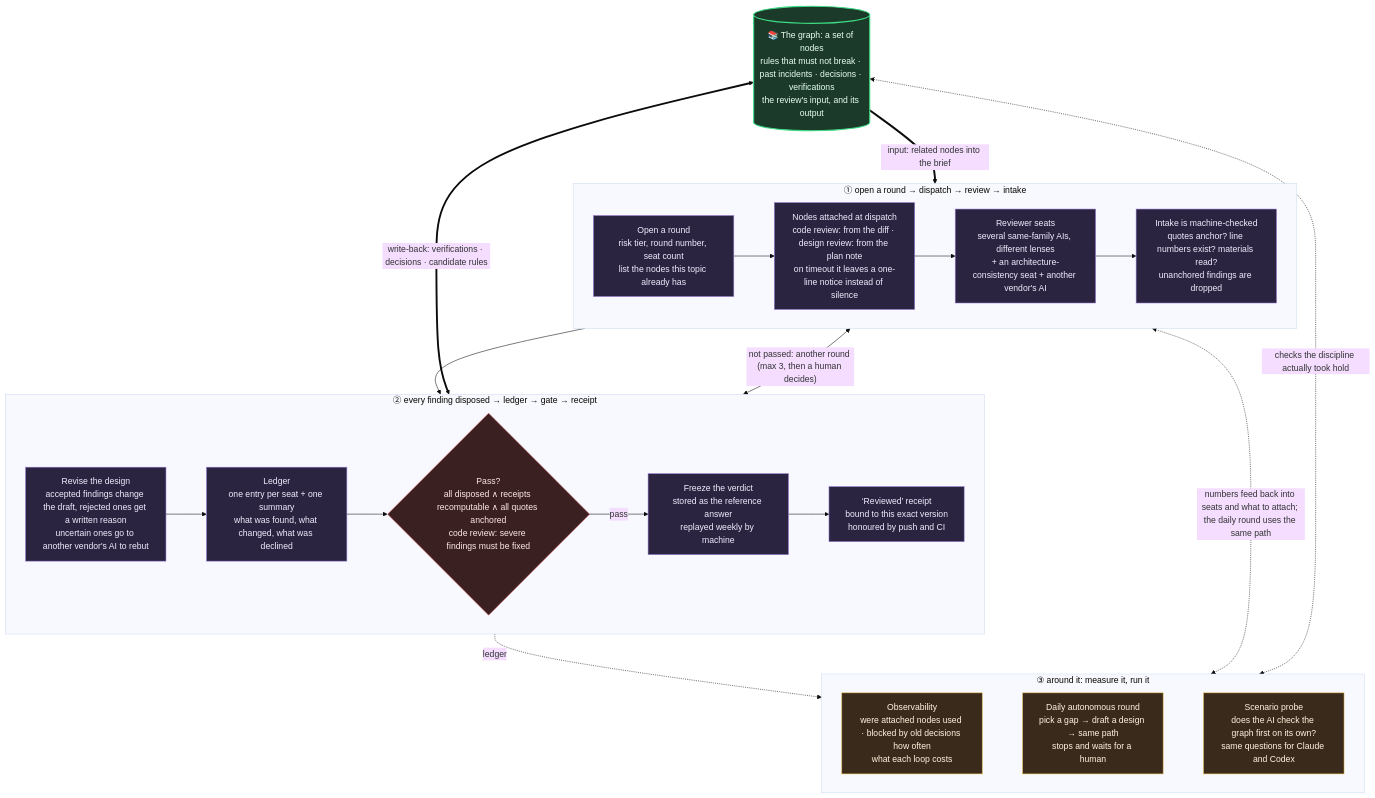
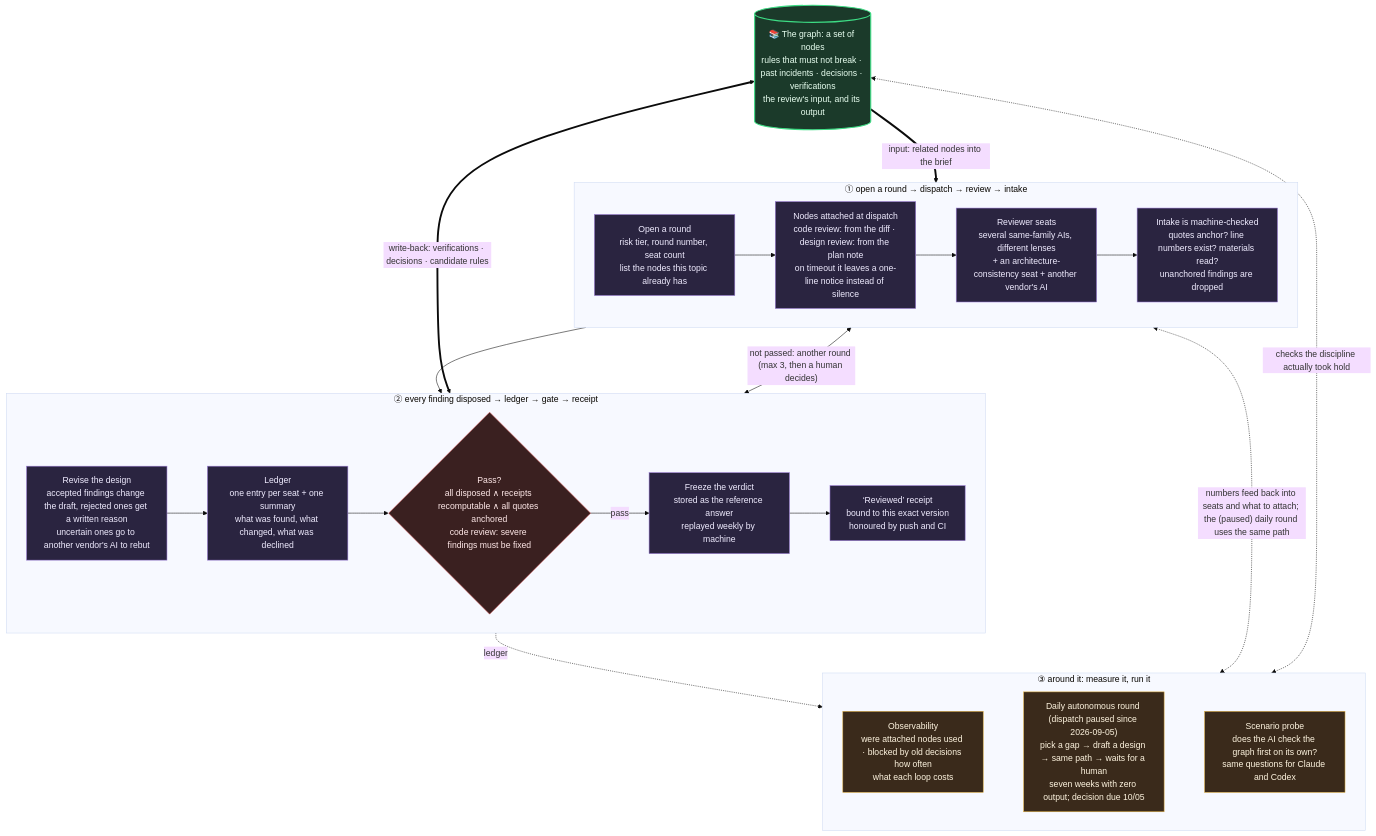
One commit to EnzoHsieh-Android/Lumos changed the diagram in README.en.md. Above: the diagram before and after it, drawn with Mermaid (base theme). The commit also changed 7 other files, not shown here.

First line of the commit message:
docs: 派工鏡頭超時不再靜默的說法同步到 hook docstring 與 skill 範本;三張良性循環圖與全景圖標明自主迴圈已暫停派工

````diff
--- a/README.en.md
+++ b/README.en.md
@@ -184,36 +184,36 @@
 ```mermaid
 flowchart TB
     NODES[("📚 The graph: a set of nodes<br/>rules that must not break · past incidents · decisions · verifications<br/>the review's input, and its output")]
 
     subgraph R1["① open a round → dispatch → review → intake"]
         direction LR
         NEXT["Open a round<br/>risk tier, round number, seat count<br/>list the nodes this topic already has"] --> LENS["Nodes attached at dispatch<br/>code review: from the diff · design review: from the plan note<br/>on timeout it leaves a one-line notice instead of silence"] --> SEATS["Reviewer seats<br/>several same-family AIs, different lenses<br/>+ an architecture-consistency seat + another vendor's AI"] --> INTAKE["Intake is machine-checked<br/>quotes anchor? line numbers exist? materials read?<br/>unanchored findings are dropped"]
     end
 
     subgraph R2["② every finding disposed → ledger → gate → receipt"]
         direction LR
         FOLD["Revise the design<br/>accepted findings change the draft, rejected ones get a written reason<br/>uncertain ones go to another vendor's AI to rebut"] --> LEDGER["Ledger<br/>one entry per seat + one summary<br/>what was found, what changed, what was declined"] --> GATE{"Pass?<br/>all disposed ∧ receipts recomputable ∧ all quotes anchored<br/>code review: severe findings must be fixed"} -->|pass| FREEZE["Freeze the verdict<br/>stored as the reference answer<br/>replayed weekly by machine"] --> PASS["‘Reviewed’ receipt<br/>bound to this exact version<br/>honoured by push and CI"]
     end
 
     subgraph R3["③ around it: measure it, run it"]
         direction LR
-        OBS["Observability<br/>were attached nodes used · blocked by old decisions how often<br/>what each loop costs"] ~~~ AUTO["Daily autonomous round<br/>pick a gap → draft a design → same path<br/>stops and waits for a human"] ~~~ PROBE["Scenario probe<br/>does the AI check the graph first on its own?<br/>same questions for Claude and Codex"]
+        OBS["Observability<br/>were attached nodes used · blocked by old decisions how often<br/>what each loop costs"] ~~~ AUTO["Daily autonomous round (dispatch paused since 2026-09-05)<br/>pick a gap → draft a design → same path → waits for a human<br/>seven weeks with zero output; decision due 10/05"] ~~~ PROBE["Scenario probe<br/>does the AI check the graph first on its own?<br/>same questions for Claude and Codex"]
     end
 
     NODES ==>|"input: related nodes into the brief"| R1
     R1 --> R2
     R2 -.->|"ledger"| R3
     NODES <==>|"write-back: verifications · decisions · candidate rules"| R2
     R1 <-->|"not passed: another round (max 3, then a human decides)"| R2
-    R1 <-.->|"numbers feed back into seats and what to attach; the daily round uses the same path"| R3
+    R1 <-.->|"numbers feed back into seats and what to attach; the (paused) daily round uses the same path"| R3
     NODES <-.->|"checks the discipline actually took hold"| R3
 
     classDef gnode fill:#1b3a2a,stroke:#3ddc84,stroke-width:2px,color:#e8fff0
     classDef step fill:#2a2440,stroke:#9a7bd6,color:#f0ecff
     classDef gate fill:#3a2020,stroke:#dc5b5b,color:#ffe8e8
     classDef obs fill:#3a2a1b,stroke:#dcab3d,color:#fff5e0
     class NODES gnode
     class NEXT,LENS,SEATS,INTAKE,FOLD,LEDGER,FREEZE,PASS step
     class GATE gate
     class OBS,AUTO,PROBE obs
 ```
````
